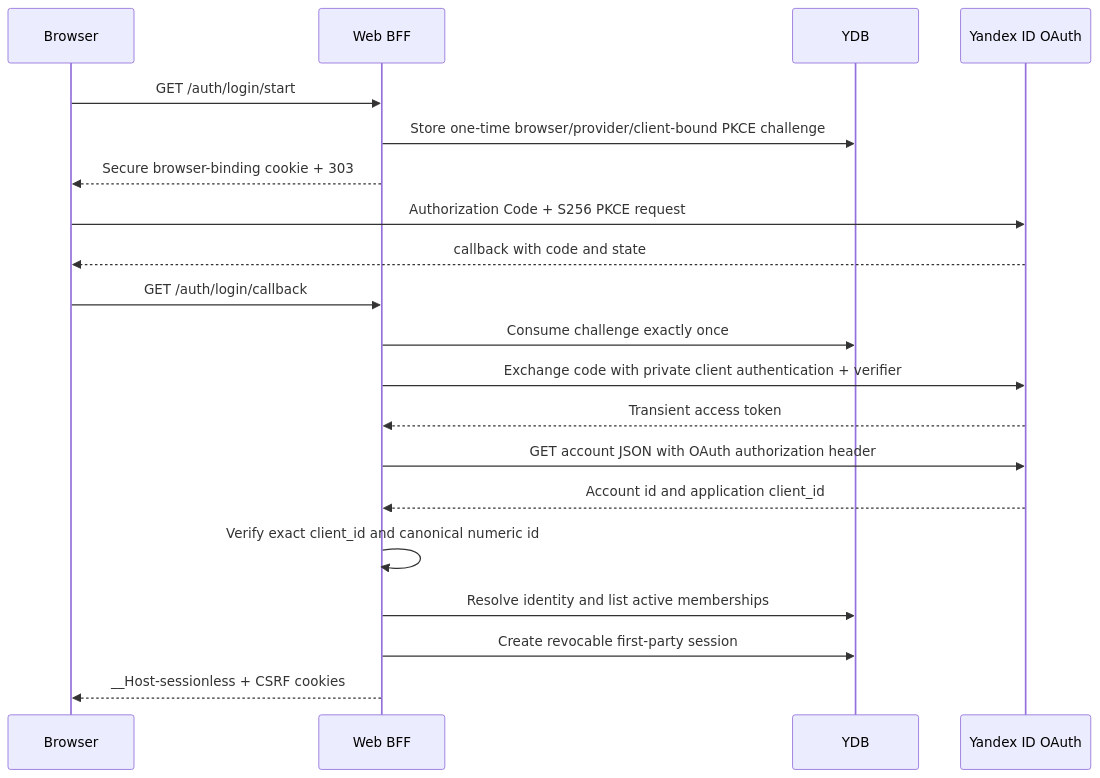
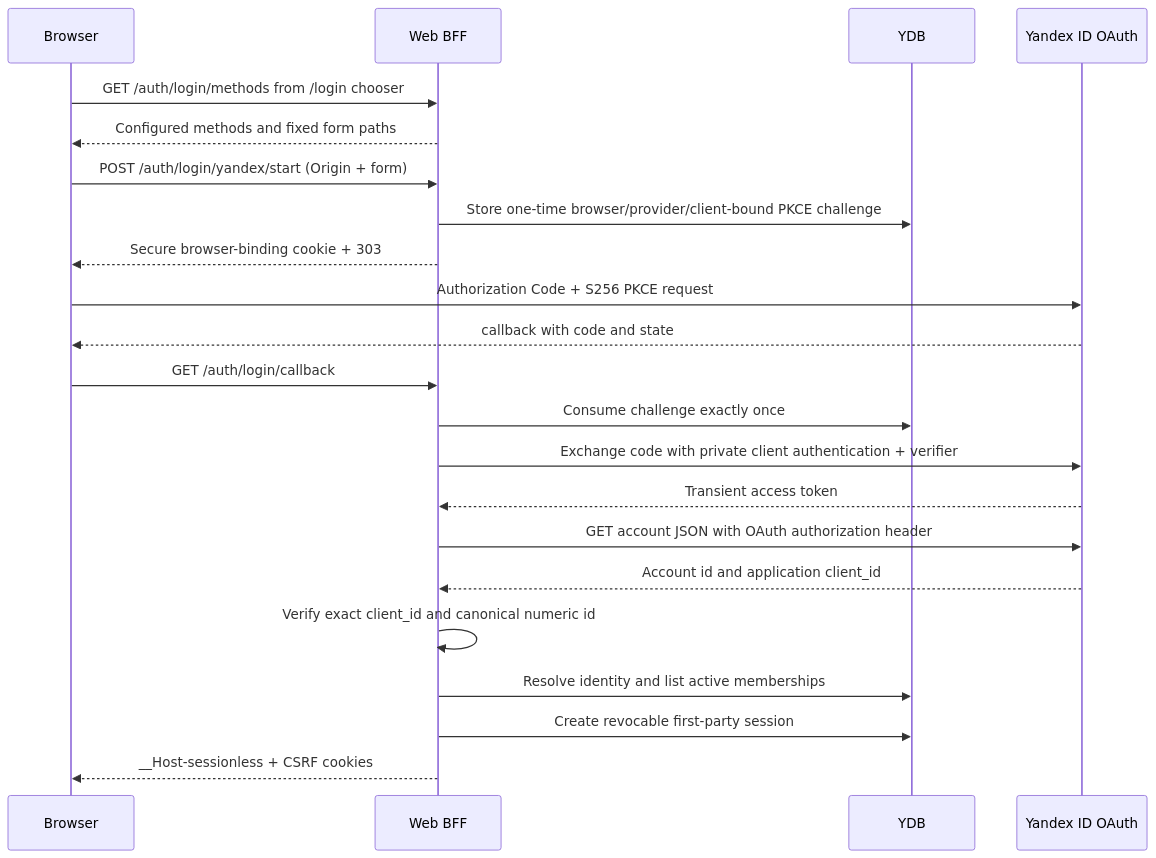
One commit to urandon/sessionless changed the diagram in docs/web-bff.md. Above: the diagram before and after it, drawn with Mermaid. The commit also changed other lines of this file and 37 other files, not shown here.

First line of the commit message:
feat(auth): enable explicit dual-provider ordinary login

````diff
--- a/docs/web-bff.md
+++ b/docs/web-bff.md
@@ -15,23 +15,25 @@
 ```mermaid
 sequenceDiagram
     participant Browser
     participant BFF as Web BFF
     participant YDB
     participant Yandex as Yandex ID OAuth
 
-    Browser->>BFF: GET /auth/login/start
+    Browser->>BFF: GET /auth/login/methods from /login chooser
+    BFF-->>Browser: Configured methods and fixed form paths
+    Browser->>BFF: POST /auth/login/yandex/start (Origin + form)
     BFF->>YDB: Store one-time browser/provider/client-bound PKCE challenge
     BFF-->>Browser: Secure browser-binding cookie + 303
     Browser->>Yandex: Authorization Code + S256 PKCE request
     Yandex-->>Browser: callback with code and state
     Browser->>BFF: GET /auth/login/callback
     BFF->>YDB: Consume challenge exactly once
     BFF->>Yandex: Exchange code with private client authentication + verifier
     Yandex-->>BFF: Transient access token
     BFF->>Yandex: GET account JSON with OAuth authorization header
     Yandex-->>BFF: Account id and application client_id
     BFF->>BFF: Verify exact client_id and canonical numeric id
     BFF->>YDB: Resolve identity and list active memberships
     BFF->>YDB: Create revocable first-party session
     BFF-->>Browser: __Host-sessionless + CSRF cookies
 ```
````
